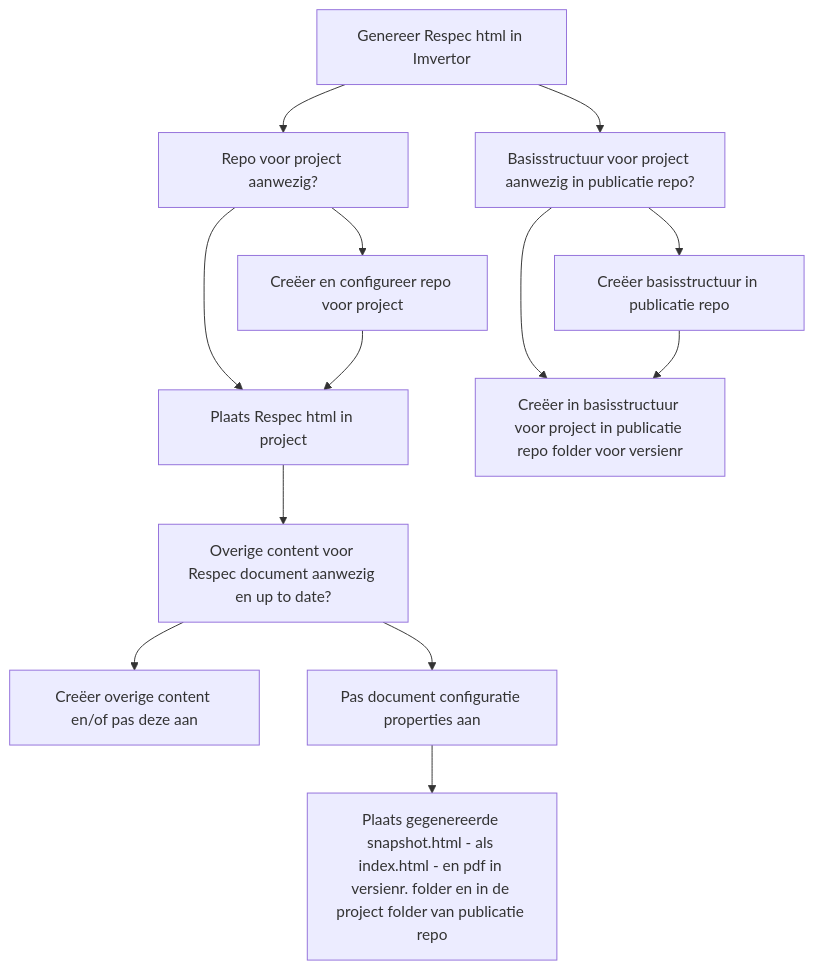
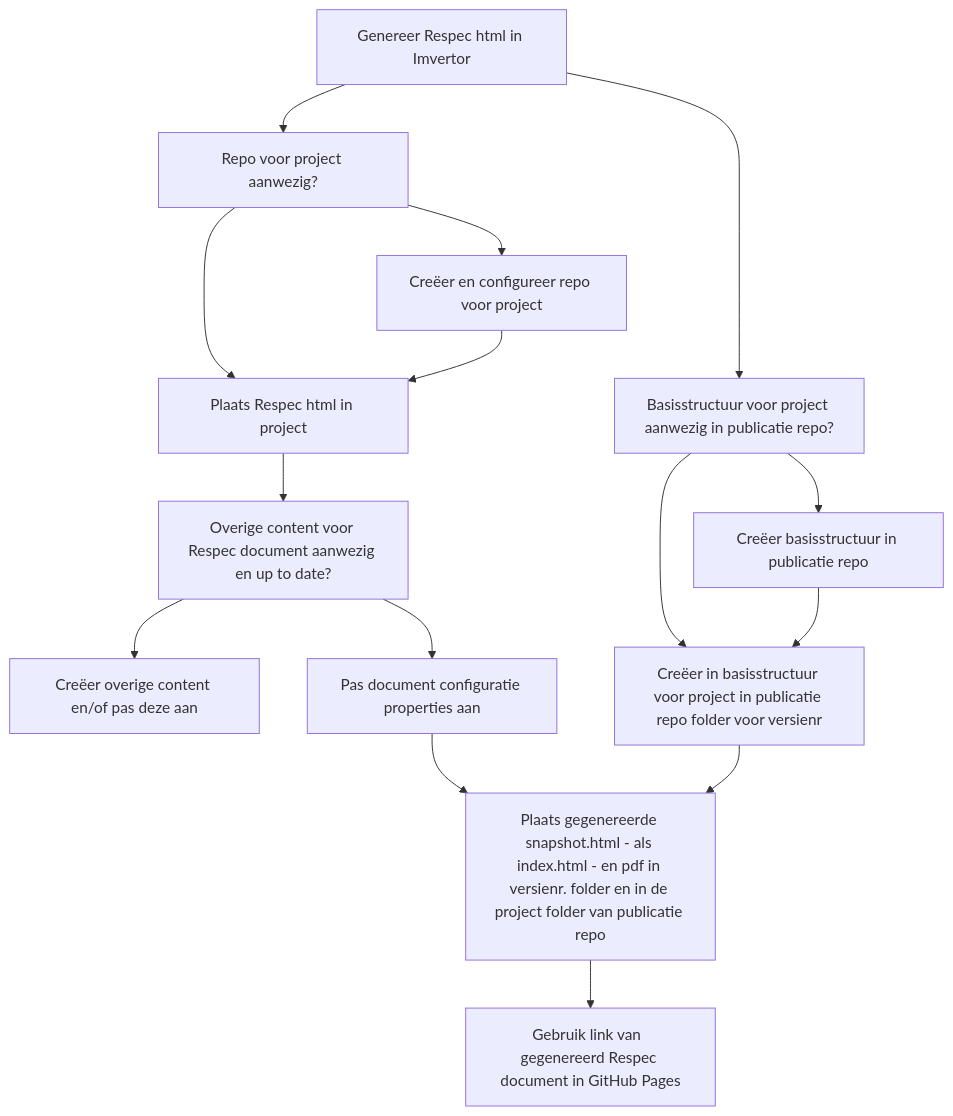
The diagram in mermaid.md (melsk-r/VNG-R-Respec-Template), drawn with Mermaid before and after one commit.

````diff
--- a/mermaid.md
+++ b/mermaid.md
@@ -6,15 +6,17 @@
 ```mermaid
 graph TD;
     A[Genereer Respec html in Imvertor]-->B[Repo voor project aanwezig?];
     B[Repo voor project aanwezig?]-->C[Creëer en configureer repo voor project];
     B[Repo voor project aanwezig?]-->D[Plaats Respec html in project];
     C[Creëer en configureer repo voor project]-->D[Plaats Respec html in project];
     D[Plaats Respec html in project]-->E[Overige content voor Respec document aanwezig en up to date?];
     E[Overige content voor Respec document aanwezig en up to date?]-->F[Creëer overige content en/of pas deze aan];
     E[Overige content voor Respec document aanwezig en up to date?]-->G[Pas document configuratie properties aan];
     A[Genereer Respec html in Imvertor]-->H[Basisstructuur voor project aanwezig in publicatie repo?];
     H[Basisstructuur voor project aanwezig in publicatie repo?]-->I[Creëer basisstructuur in publicatie repo];
     H[Basisstructuur voor project aanwezig in publicatie repo?]-->J[Creëer in basisstructuur voor project in publicatie repo folder voor versienr];
     I[Creëer basisstructuur in publicatie repo]-->J[Creëer in basisstructuur voor project in publicatie repo folder voor versienr];
     G[Pas document configuratie properties aan]-->K[Plaats gegenereerde snapshot.html - als index.html - en pdf in versienr. folder en in de project folder van publicatie repo];
+    J[Creëer in basisstructuur voor project in publicatie repo folder voor versienr]-->K[Plaats gegenereerde snapshot.html - als index.html - en pdf in versienr. folder en in de project folder van publicatie repo];
+    K[Plaats gegenereerde snapshot.html - als index.html - en pdf in versienr. folder en in de project folder van publicatie repo]-->L[Gebruik link van  gegenereerd Respec document in GitHub Pages];
 ```
````
